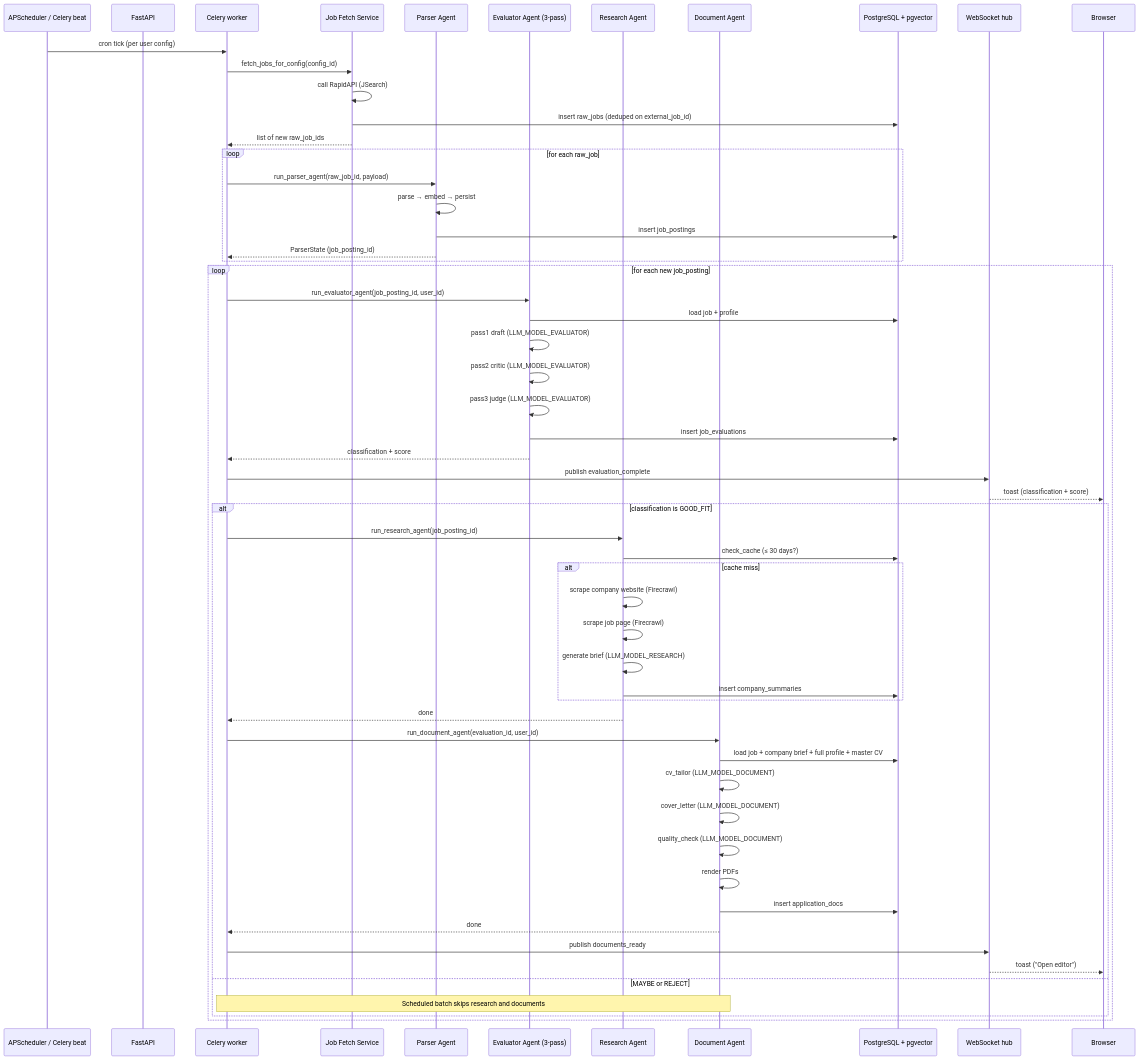
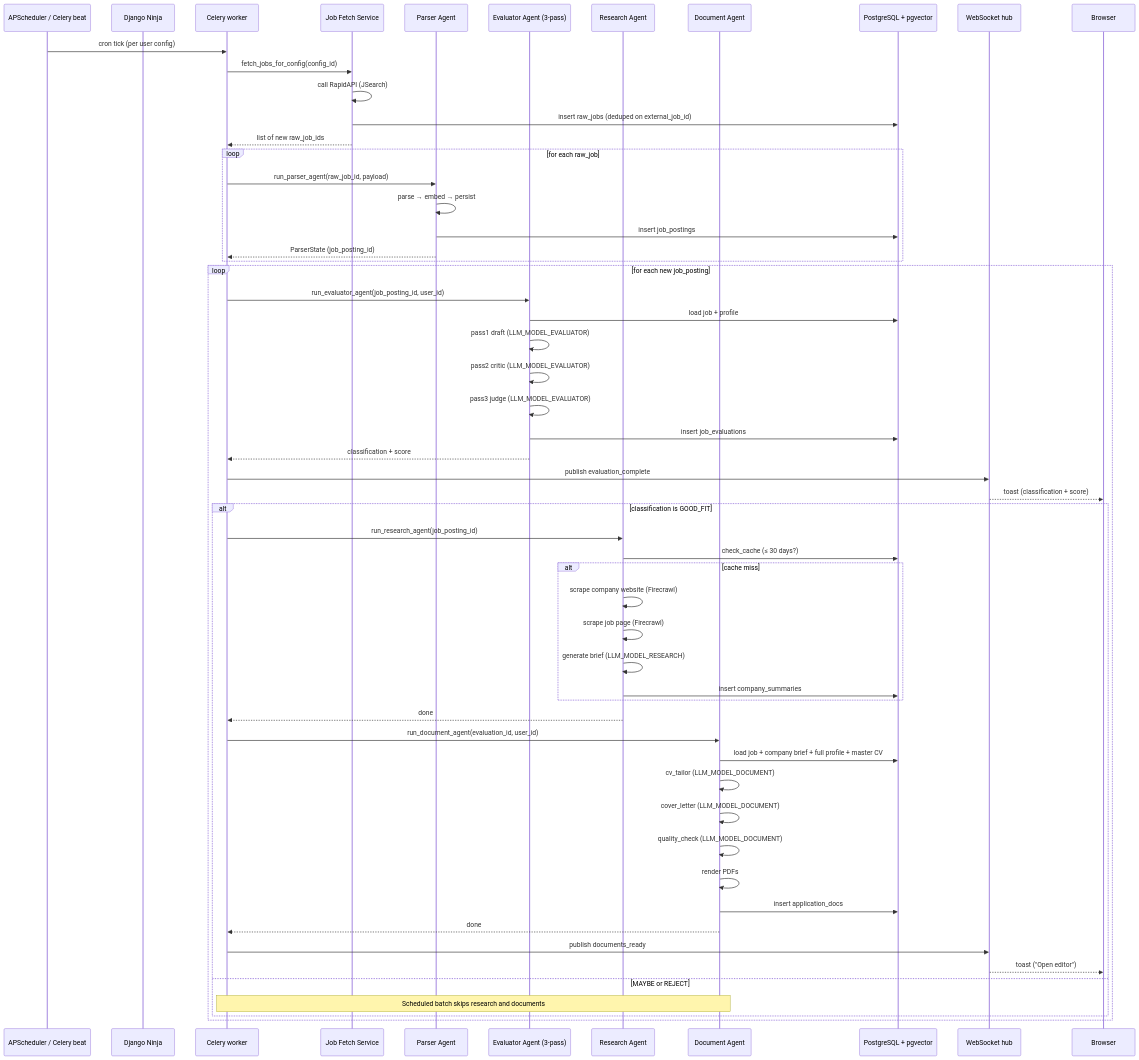
One commit to Gathondu/kaziro changed the diagram in docs/architecture/diagrams/pipeline-sequence.md. Above: the diagram before and after it, drawn with Mermaid. The commit also changed 561 other files, not shown here.

Commit message:
remove previous fast api and svelte frontend

````diff
--- a/docs/architecture/diagrams/pipeline-sequence.md
+++ b/docs/architecture/diagrams/pipeline-sequence.md
@@ -11,65 +11,65 @@
 ```mermaid
 sequenceDiagram
   participant Sched as APScheduler / Celery beat
-  participant API as FastAPI
+  participant API as Django Ninja
   participant Cel as Celery worker
   participant Fetch as Job Fetch Service
   participant Parse as Parser Agent
   participant Eval as Evaluator Agent (3-pass)
   participant Res as Research Agent
   participant Doc as Document Agent
   participant DB as PostgreSQL + pgvector
   participant WS as WebSocket hub
   participant Browser
 
   Sched->>Cel: cron tick (per user config)
   Cel->>Fetch: fetch_jobs_for_config(config_id)
   Fetch->>Fetch: call RapidAPI (JSearch)
   Fetch->>DB: insert raw_jobs (deduped on external_job_id)
   Fetch-->>Cel: list of new raw_job_ids
 
   loop for each raw_job
     Cel->>Parse: run_parser_agent(raw_job_id, payload)
     Parse->>Parse: parse → embed → persist
     Parse->>DB: insert job_postings
     Parse-->>Cel: ParserState (job_posting_id)
   end
 
   loop for each new job_posting
     Cel->>Eval: run_evaluator_agent(job_posting_id, user_id)
     Eval->>DB: load job + profile
     Eval->>Eval: pass1 draft (LLM_MODEL_EVALUATOR)
     Eval->>Eval: pass2 critic (LLM_MODEL_EVALUATOR)
     Eval->>Eval: pass3 judge (LLM_MODEL_EVALUATOR)
     Eval->>DB: insert job_evaluations
     Eval-->>Cel: classification + score
     Cel->>WS: publish evaluation_complete
     WS-->>Browser: toast (classification + score)
 
     alt classification is GOOD_FIT
       Cel->>Res: run_research_agent(job_posting_id)
       Res->>DB: check_cache (≤ 30 days?)
 
       alt cache miss
         Res->>Res: scrape company website (Firecrawl)
         Res->>Res: scrape job page (Firecrawl)
         Res->>Res: generate brief (LLM_MODEL_RESEARCH)
         Res->>DB: insert company_summaries
       end
 
       Res-->>Cel: done
       Cel->>Doc: run_document_agent(evaluation_id, user_id)
       Doc->>DB: load job + company brief + full profile + master CV
       Doc->>Doc: cv_tailor (LLM_MODEL_DOCUMENT)
       Doc->>Doc: cover_letter (LLM_MODEL_DOCUMENT)
       Doc->>Doc: quality_check (LLM_MODEL_DOCUMENT)
       Doc->>Doc: render PDFs
       Doc->>DB: insert application_docs
       Doc-->>Cel: done
       Cel->>WS: publish documents_ready
       WS-->>Browser: toast ("Open editor")
     else MAYBE or REJECT
       Note over Cel,Doc: Scheduled batch skips research and documents
     end
   end
 ```
````
